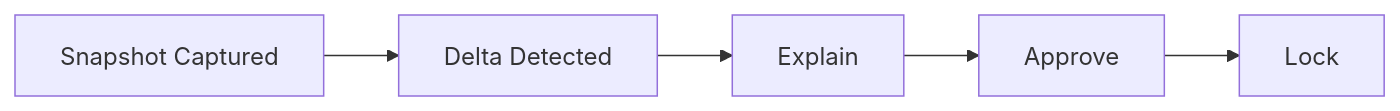
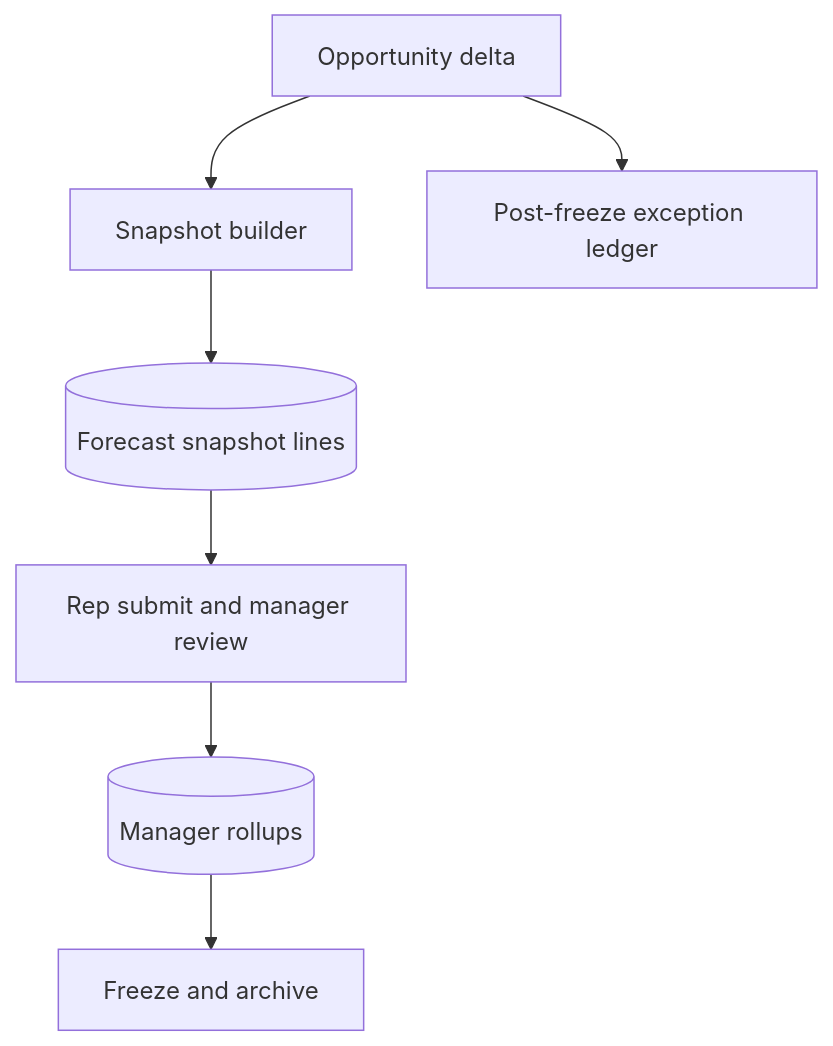
Before and after one commit to 0Ankit0/Project-Ideas: the diagram in Customer Relationship Management Platform/edge-cases/forecast-integrity.md, drawn with Mermaid. The commit also changed other lines of this file and 17 other files, not shown here.

````diff
--- a/Customer Relationship Management Platform/edge-cases/forecast-integrity.md
+++ b/Customer Relationship Management Platform/edge-cases/forecast-integrity.md
@@ -35,8 +9,9 @@
 ```mermaid
-flowchart LR
-    A[Snapshot Captured] --> B[Delta Detected]
-    B[Delta Detected] --> C[Explain]
-    C[Explain] --> D[Approve]
-    D[Approve] --> E[Lock]
-    E[Lock]
+flowchart TD
+    OppChange[Opportunity delta] --> Builder[Snapshot builder]
+    Builder --> Snapshot[(Forecast snapshot lines)]
+    Snapshot --> Review[Rep submit and manager review]
+    Review --> Rollup[(Manager rollups)]
+    Rollup --> Freeze[Freeze and archive]
+    OppChange --> Exceptions[Post-freeze exception ledger]
 ```
````
